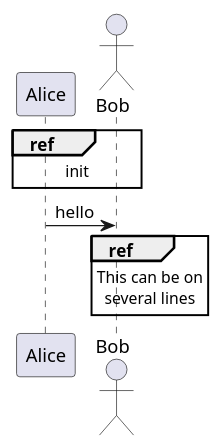
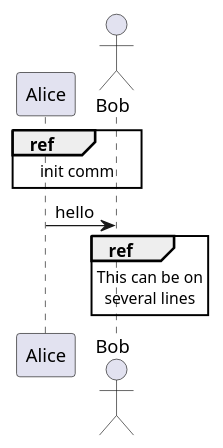
Before and after one commit to 14FRS851/Articles: the diagram in Project1/diagram.puml, drawn with PlantUML.

Commit message:
Change a text for diagram real time change validation

```diff
--- a/Project1/diagram.puml
+++ b/Project1/diagram.puml
@@ -1,13 +1,13 @@
 @startuml
 participant Alice
 actor Bob
 
-ref over Alice, Bob : init
+ref over Alice, Bob : init comm
 
 Alice -> Bob : hello
 
 ref over Bob
   This can be on
   several lines
 end ref
 @enduml
```
